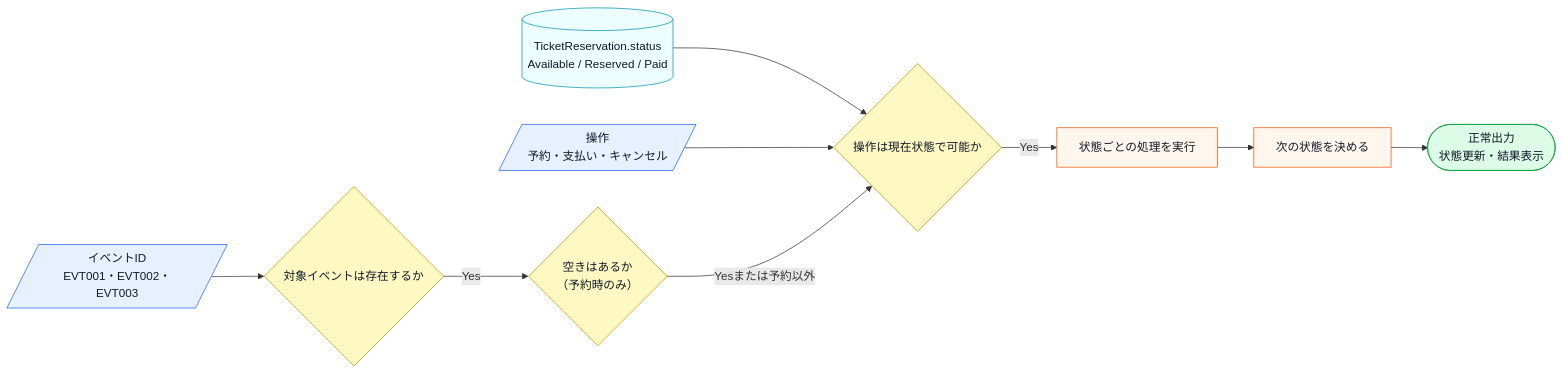
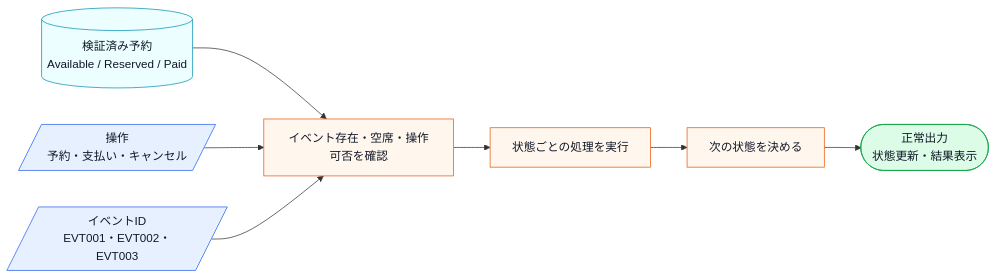
The second of 16 diagrams in kindle/design-patterns/output/chapter03.md (kumachan1101-pixel/DesignPattern), drawn with Mermaid before and after one commit. The commit also changed other lines of this file and 20 other files, not shown here.

````diff
--- a/kindle/design-patterns/output/chapter03.md
+++ b/kindle/design-patterns/output/chapter03.md
@@ -65,17 +65,15 @@
 ```mermaid
 flowchart LR
-    A[(TicketReservation.status<br>Available / Reserved / Paid)]:::data --> B{操作は現在状態で可能か}:::decision
+    A[(検証済み予約<br>Available / Reserved / Paid)]:::data --> B[イベント存在・空席・操作可否を確認]:::process
     C[/操作<br>予約・支払い・キャンセル/]:::input --> B
-    D[/イベントID<br>EVT001・EVT002・EVT003/]:::input --> E{対象イベントは存在するか}:::decision
-    E -->|Yes| K{空きはあるか<br>（予約時のみ）}:::decision
-    K -->|Yesまたは予約以外| B
-    B -->|Yes| F[状態ごとの処理を実行]:::process
+    D[/イベントID<br>EVT001・EVT002・EVT003/]:::input --> B
+    B --> F[状態ごとの処理を実行]:::process
     F --> G[次の状態を決める]:::process
     G --> H([正常出力<br>状態更新・結果表示]):::normal
 
     classDef data fill:#ecfeff,stroke:#0891b2,color:#111827;
     classDef input fill:#e7f0ff,stroke:#2563eb,color:#111827;
     classDef process fill:#fff7ed,stroke:#ea580c,color:#111827;
     classDef decision fill:#fef9c3,stroke:#ca8a04,color:#111827;
     classDef normal fill:#dcfce7,stroke:#16a34a,color:#111827;
 ```
````
